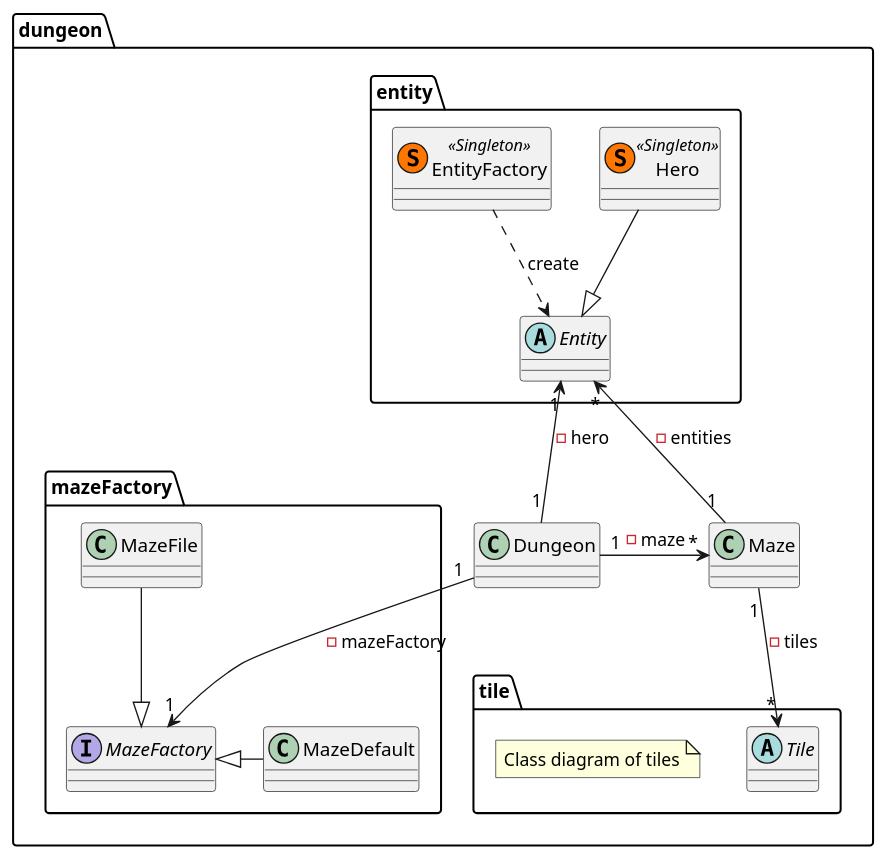
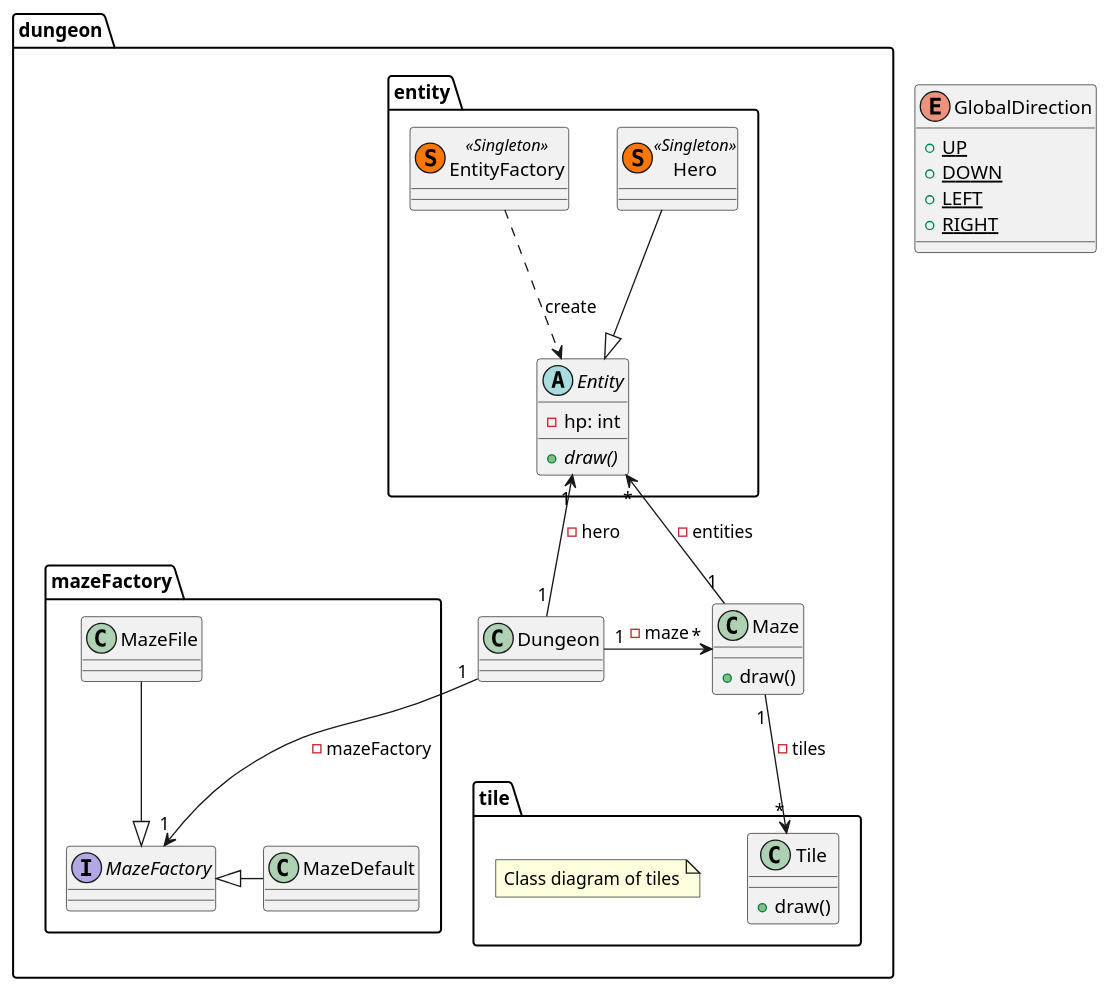
Before and after one commit to Reynault/ACL_2019_Zelpop: the diagram in doc/first_sprint/diagrams/class/global.puml, drawn with PlantUML. The commit also changed 3 other files, not shown here.

Commit message:
First Sprint : Update diagrams

```diff
--- a/doc/first_sprint/diagrams/class/global.puml
+++ b/doc/first_sprint/diagrams/class/global.puml
@@ -1,71 +1,78 @@
 @startuml
 
 package dungeon{
 
     class Dungeon{
 
     }
 
     class Maze{
-
-
+        + draw()
     }
 
     package tile{
 
-        abstract Tile{
-
+        class Tile{
+            + draw()
         }
 
         note "Class diagram of tiles" as N1
 
     }
 
     package entity{
 
         abstract Entity{
-
+            - hp: int
+            + {abstract} draw()
         }
 
         class Hero << (S,#FF7700) Singleton >>{
 
         }
 
         class EntityFactory << (S,#FF7700) Singleton >>{
 
         }
 
     }
 
     package mazeFactory{
 
         interface MazeFactory{
 
         }
 
         class MazeFile{
 
         }
 
         class MazeDefault{
 
         }
 
     }
 
 }
 
+enum GlobalDirection{
+    + {static} UP
+    + {static} DOWN
+    + {static} LEFT
+    + {static} RIGHT
+}
+
 MazeDefault -left-|> MazeFactory
 Dungeon "1" -left-> "*" Maze: -maze
 Dungeon "1" --> "1" MazeFactory: -mazeFactory
 Maze "1" --> "*" Tile: -tiles
 Maze "1" -up-> "*" Entity: -entities
 
 EntityFactory ..> Entity : create
 
 Hero --|> Entity
 Dungeon "1" --> "1" Entity : -hero
 
 MazeFile --|> MazeFactory
 
 @enduml
```
